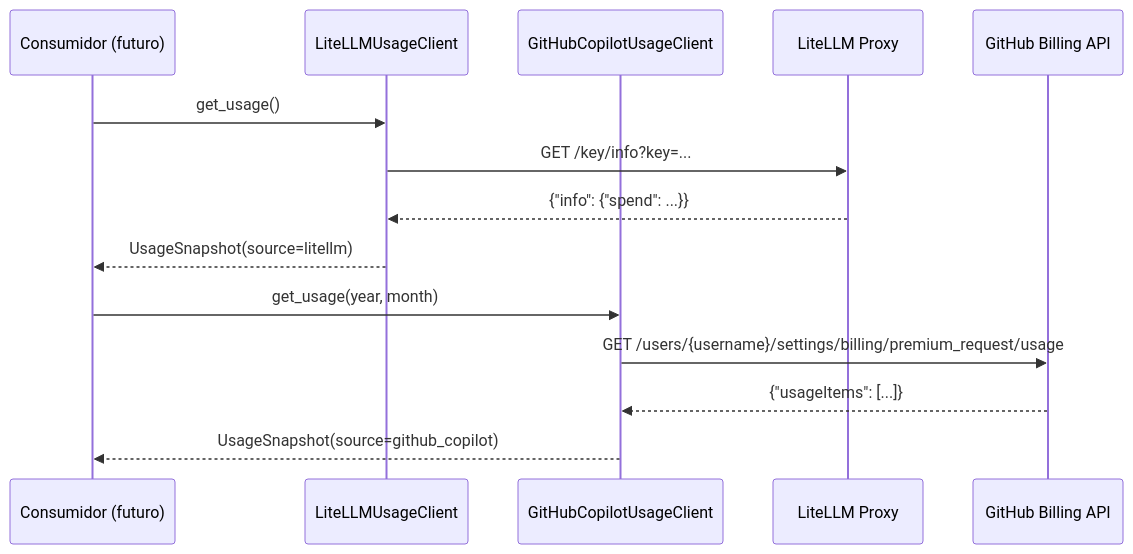
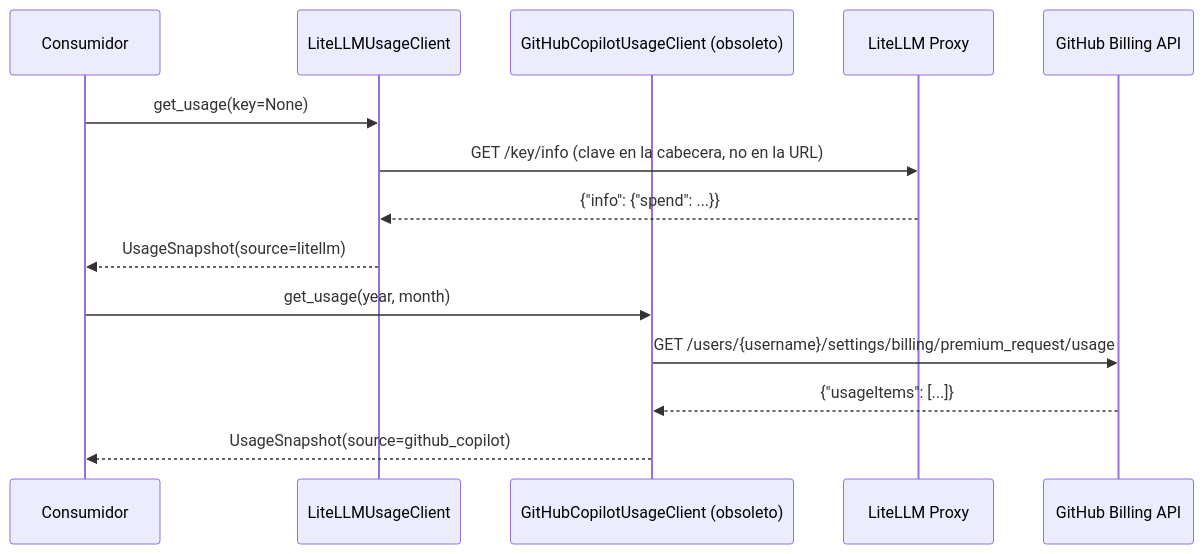
The diagram in docs/functional/ai_usage_monitoring.md (fmanza/doc_organize), drawn with Mermaid before and after one commit. The commit also changed other lines of this file and 57 other files, not shown here.

````diff
--- a/docs/functional/ai_usage_monitoring.md
+++ b/docs/functional/ai_usage_monitoring.md
@@ -41,18 +45,18 @@
 ```mermaid
 sequenceDiagram
-    participant App as Consumidor (futuro)
+    participant App as Consumidor
     participant LiteLLM as LiteLLMUsageClient
-    participant GitHub as GitHubCopilotUsageClient
+    participant GitHub as GitHubCopilotUsageClient (obsoleto)
     participant Proxy as LiteLLM Proxy
     participant API as GitHub Billing API
 
-    App->>LiteLLM: get_usage()
-    LiteLLM->>Proxy: GET /key/info?key=...
+    App->>LiteLLM: get_usage(key=None)
+    LiteLLM->>Proxy: GET /key/info (clave en la cabecera, no en la URL)
     Proxy-->>LiteLLM: {"info": {"spend": ...}}
     LiteLLM-->>App: UsageSnapshot(source=litellm)
 
     App->>GitHub: get_usage(year, month)
     GitHub->>API: GET /users/{username}/settings/billing/premium_request/usage
     API-->>GitHub: {"usageItems": [...]}
     GitHub-->>App: UsageSnapshot(source=github_copilot)
 ```
````
